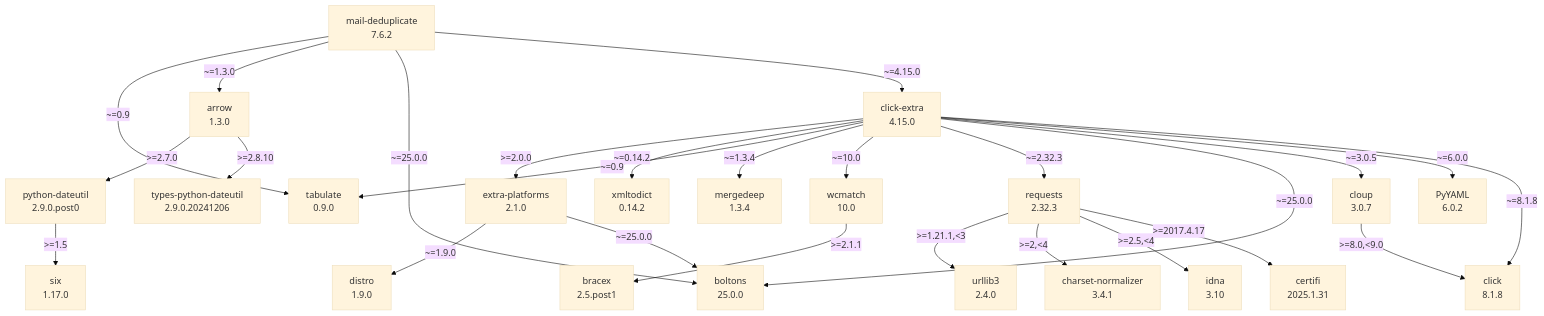
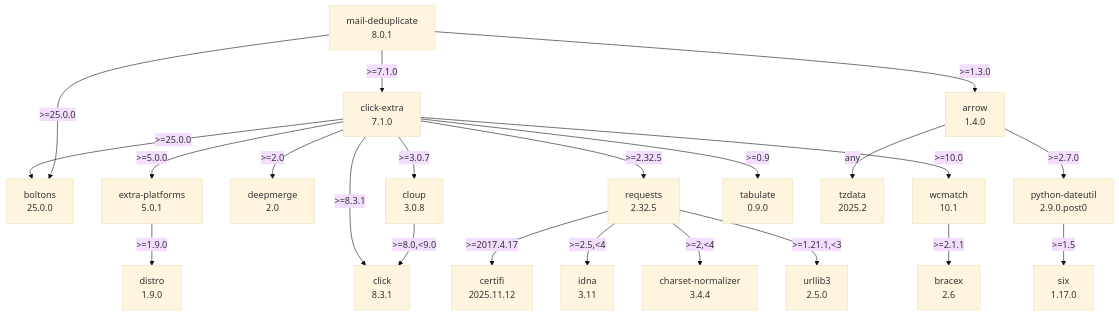
One commit to kdeldycke/mail-deduplicate changed the diagram in docs/assets/dependencies.mmd. Above: the diagram before and after it, drawn with Mermaid (base theme).

Commit message:
[autofix] Regenerate dependency graph

```diff
--- a/docs/assets/dependencies.mmd
+++ b/docs/assets/dependencies.mmd
@@ -1,49 +1,43 @@
 flowchart TD
     classDef missing stroke-dasharray: 5
-    arrow["arrow\n1.3.0"]
+    arrow["arrow\n1.4.0"]
     boltons["boltons\n25.0.0"]
-    bracex["bracex\n2.5.post1"]
-    certifi["certifi\n2025.1.31"]
-    charset-normalizer["charset-normalizer\n3.4.1"]
-    click-extra["click-extra\n4.15.0"]
-    click_0["click\n8.1.8"]
-    cloup["cloup\n3.0.7"]
+    bracex["bracex\n2.6"]
+    certifi["certifi\n2025.11.12"]
+    charset-normalizer["charset-normalizer\n3.4.4"]
+    click-extra["click-extra\n7.1.0"]
+    click_0["click\n8.3.1"]
+    cloup["cloup\n3.0.8"]
+    deepmerge["deepmerge\n2.0"]
     distro["distro\n1.9.0"]
-    extra-platforms["extra-platforms\n2.1.0"]
-    idna["idna\n3.10"]
-    mail-deduplicate["mail-deduplicate\n7.6.2"]
-    mergedeep["mergedeep\n1.3.4"]
+    extra-platforms["extra-platforms\n5.0.1"]
+    idna["idna\n3.11"]
+    mail-deduplicate["mail-deduplicate\n8.0.1"]
     python-dateutil["python-dateutil\n2.9.0.post0"]
-    pyyaml["PyYAML\n6.0.2"]
-    requests["requests\n2.32.3"]
+    requests["requests\n2.32.5"]
     six["six\n1.17.0"]
     tabulate["tabulate\n0.9.0"]
-    types-python-dateutil["types-python-dateutil\n2.9.0.20241206"]
-    urllib3["urllib3\n2.4.0"]
-    wcmatch["wcmatch\n10.0"]
-    xmltodict["xmltodict\n0.14.2"]
+    tzdata["tzdata\n2025.2"]
+    urllib3["urllib3\n2.5.0"]
+    wcmatch["wcmatch\n10.1"]
     arrow -- ">=2.7.0" --> python-dateutil
-    arrow -- ">=2.8.10" --> types-python-dateutil
-    click-extra -- ">=2.0.0" --> extra-platforms
-    click-extra -- "~=0.14.2" --> xmltodict
-    click-extra -- "~=0.9" --> tabulate
-    click-extra -- "~=1.3.4" --> mergedeep
-    click-extra -- "~=10.0" --> wcmatch
-    click-extra -- "~=2.32.3" --> requests
-    click-extra -- "~=25.0.0" --> boltons
-    click-extra -- "~=3.0.5" --> cloup
-    click-extra -- "~=6.0.0" --> pyyaml
-    click-extra -- "~=8.1.8" --> click_0
+    arrow -- "any" --> tzdata
+    click-extra -- ">=0.9" --> tabulate
+    click-extra -- ">=10.0" --> wcmatch
+    click-extra -- ">=2.0" --> deepmerge
+    click-extra -- ">=2.32.5" --> requests
+    click-extra -- ">=25.0.0" --> boltons
+    click-extra -- ">=3.0.7" --> cloup
+    click-extra -- ">=5.0.0" --> extra-platforms
+    click-extra -- ">=8.3.1" --> click_0
     cloup -- ">=8.0,<9.0" --> click_0
-    extra-platforms -- "~=1.9.0" --> distro
-    extra-platforms -- "~=25.0.0" --> boltons
-    mail-deduplicate -- "~=0.9" --> tabulate
-    mail-deduplicate -- "~=1.3.0" --> arrow
-    mail-deduplicate -- "~=25.0.0" --> boltons
-    mail-deduplicate -- "~=4.15.0" --> click-extra
+    extra-platforms -- ">=1.9.0" --> distro
+    mail-deduplicate -- ">=1.3.0" --> arrow
+    mail-deduplicate -- ">=25.0.0" --> boltons
+    mail-deduplicate -- ">=7.1.0" --> click-extra
     python-dateutil -- ">=1.5" --> six
     requests -- ">=1.21.1,<3" --> urllib3
     requests -- ">=2,<4" --> charset-normalizer
     requests -- ">=2.5,<4" --> idna
     requests -- ">=2017.4.17" --> certifi
     wcmatch -- ">=2.1.1" --> bracex
```
